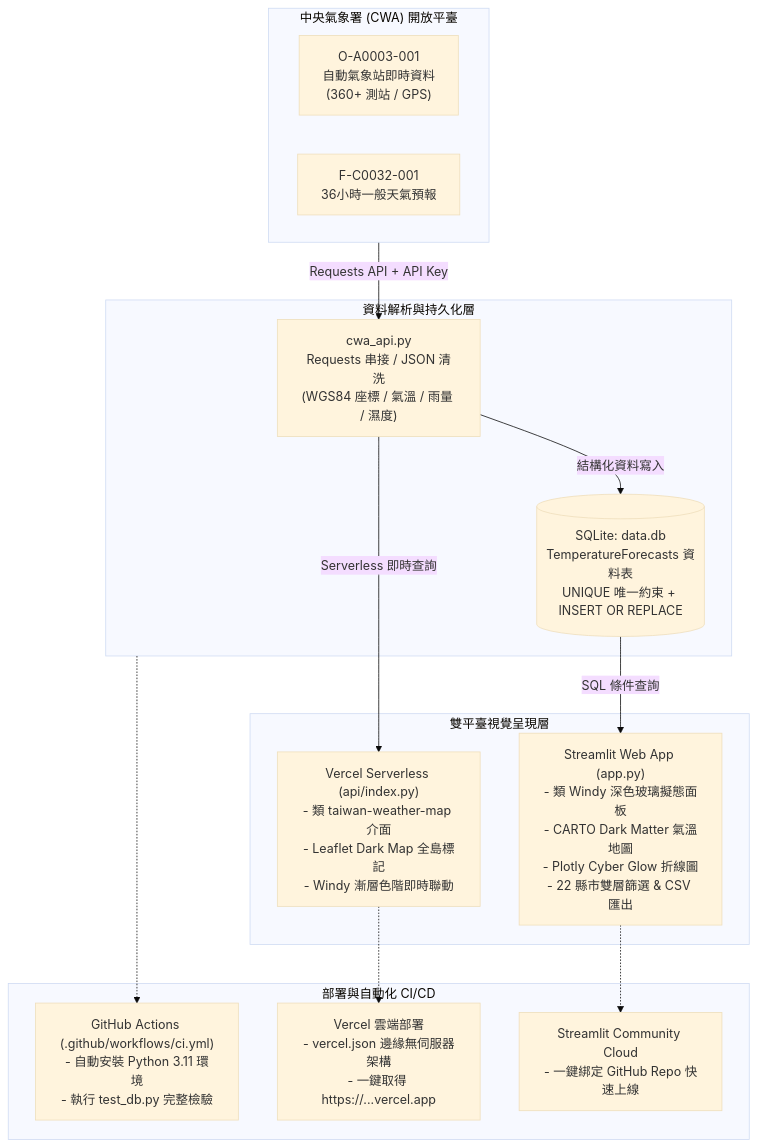
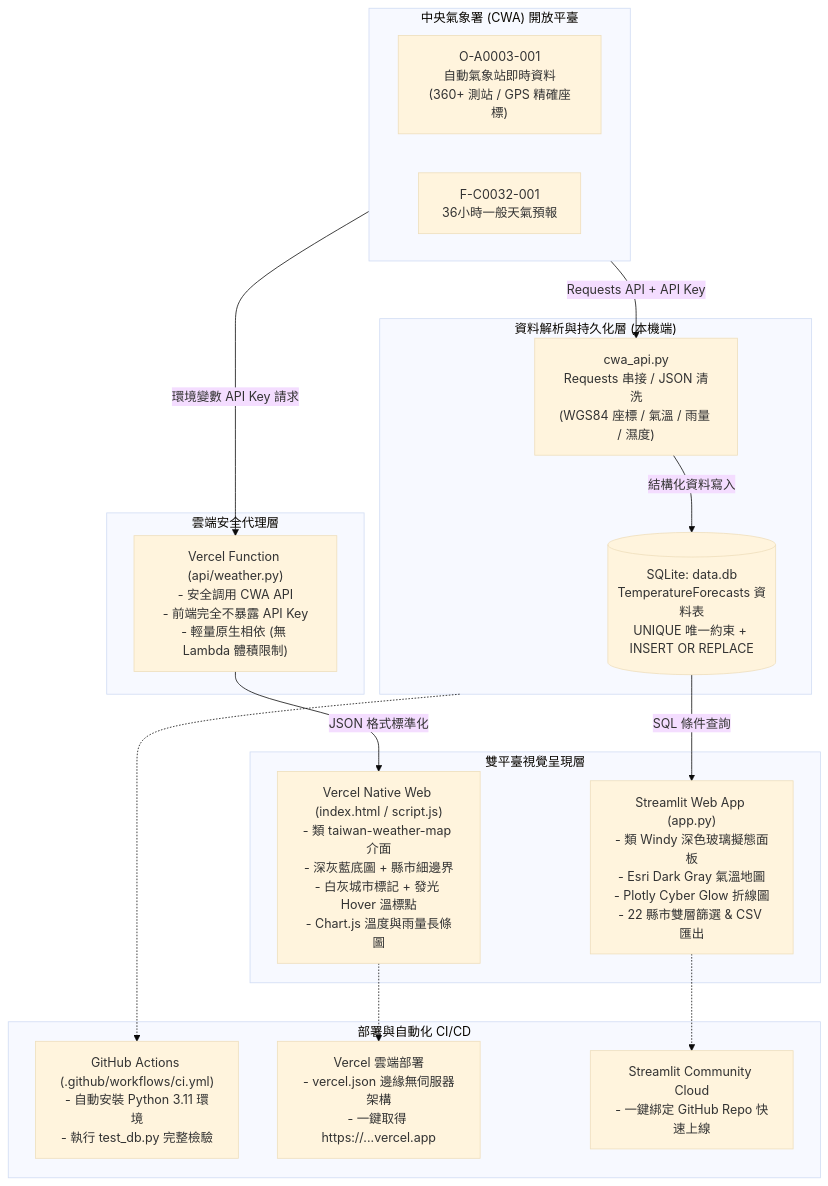
Before and after one commit to Augustine-723/AIoT_L3_CWA_HW1: the diagram in README.md, drawn with Mermaid (base theme). The commit also changed other lines of this file and 5 other files, not shown here.

````diff
--- a/README.md
+++ b/README.md
@@ -16,31 +20,36 @@
 ```mermaid
 flowchart TD
     subgraph CWA["中央氣象署 (CWA) 開放平臺"]
-        A1["O-A0003-001<br/>自動氣象站即時資料<br/>(360+ 測站 / GPS)"]
+        A1["O-A0003-001<br/>自動氣象站即時資料<br/>(360+ 測站 / GPS 精確座標)"]
         A2["F-C0032-001<br/>36小時一般天氣預報"]
     end
 
-    subgraph Core["資料解析與持久化層"]
+    subgraph Core["資料解析與持久化層 (本機端)"]
         B["cwa_api.py<br/>Requests 串接 / JSON 清洗<br/>(WGS84 座標 / 氣溫 / 雨量 / 濕度)"]
         C[("SQLite: data.db<br/>TemperatureForecasts 資料表<br/>UNIQUE 唯一約束 + INSERT OR REPLACE")]
     end
 
     subgraph UI["雙平臺視覺呈現層"]
-        D1["Streamlit Web App (app.py)<br/>- 類 Windy 深色玻璃擬態面板<br/>- CARTO Dark Matter 氣溫地圖<br/>- Plotly Cyber Glow 折線圖<br/>- 22 縣市雙層篩選 & CSV 匯出"]
-        D2["Vercel Serverless (api/index.py)<br/>- 類 taiwan-weather-map 介面<br/>- Leaflet Dark Map 全島標記<br/>- Windy 漸層色階即時聯動"]
+        D1["Streamlit Web App (app.py)<br/>- 類 Windy 深色玻璃擬態面板<br/>- Esri Dark Gray 氣溫地圖<br/>- Plotly Cyber Glow 折線圖<br/>- 22 縣市雙層篩選 & CSV 匯出"]
+        D2["Vercel Native Web (index.html / script.js)<br/>- 類 taiwan-weather-map 介面<br/>- 深灰藍底圖 + 縣市細邊界<br/>- 白灰城市標記 + 發光 Hover 溫標點<br/>- Chart.js 溫度與雨量長條圖"]
+    end
+
+    subgraph Serverless["雲端安全代理層"]
+        API["Vercel Function (api/weather.py)<br/>- 安全調用 CWA API<br/>- 前端完全不暴露 API Key<br/>- 輕量原生相依 (無 Lambda 體積限制)"]
     end
 
     subgraph Deploy["部署與自動化 CI/CD"]
         E1["GitHub Actions (.github/workflows/ci.yml)<br/>- 自動安裝 Python 3.11 環境<br/>- 執行 test_db.py 完整檢驗"]
         E2["Vercel 雲端部署<br/>- vercel.json 邊緣無伺服器架構<br/>- 一鍵取得 https://...vercel.app"]
         E3["Streamlit Community Cloud<br/>- 一鍵綁定 GitHub Repo 快速上線"]
     end
 
     CWA -->|Requests API + API Key| B
     B -->|結構化資料寫入| C
     C -->|SQL 條件查詢| D1
-    B -->|Serverless 即時查詢| D2
+    CWA -->|環境變數 API Key 請求| API
+    API -->|JSON 格式標準化| D2
     D1 -.-> E3
     D2 -.-> E2
     Core -.-> E1
 ```
````
